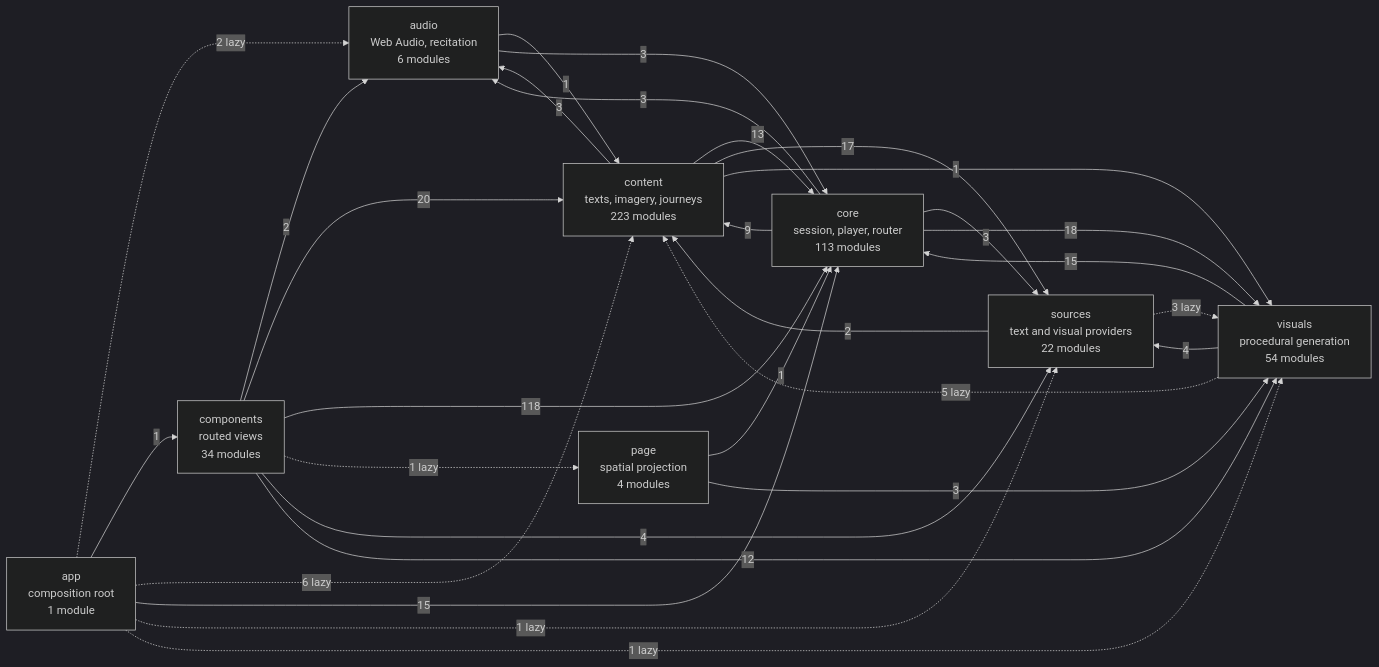
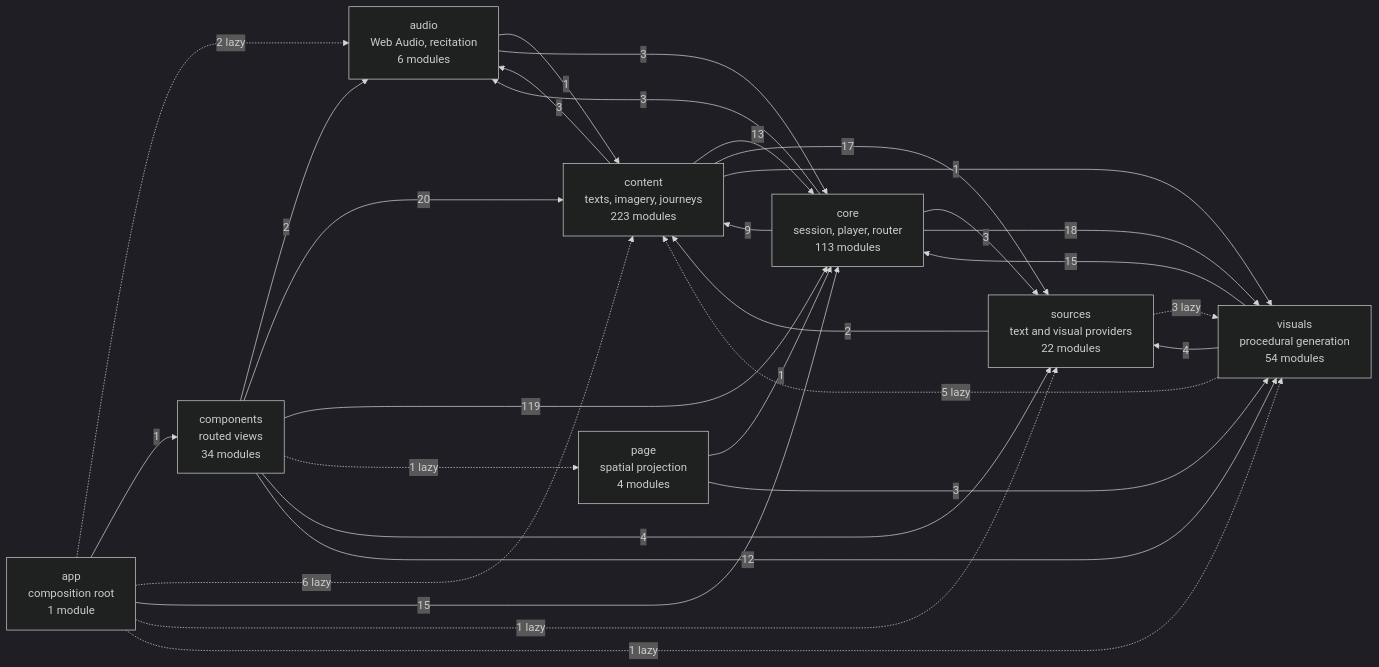
Before and after one commit to SyberLabs/RISE: the diagram in docs/specs/ARCHITECTURE.md, drawn with Mermaid (dark theme). The commit also changed 21 other files, not shown here.

````diff
--- a/docs/specs/ARCHITECTURE.md
+++ b/docs/specs/ARCHITECTURE.md
@@ -149,41 +149,41 @@
 ```mermaid
 flowchart LR
     app["app<br/>composition root<br/>1 module"]
     audio["audio<br/>Web Audio, recitation<br/>6 modules"]
     components["components<br/>routed views<br/>34 modules"]
     content["content<br/>texts, imagery, journeys<br/>223 modules"]
     core["core<br/>session, player, router<br/>113 modules"]
     page["page<br/>spatial projection<br/>4 modules"]
     sources["sources<br/>text and visual providers<br/>22 modules"]
     visuals["visuals<br/>procedural generation<br/>54 modules"]
 
     app -.-> |2 lazy| audio
     app --> |1| components
     app -.-> |6 lazy| content
     app --> |15| core
     app -.-> |1 lazy| sources
     app -.-> |1 lazy| visuals
     audio --> |1| content
     audio --> |3| core
     components --> |2| audio
     components --> |20| content
-    components --> |118| core
+    components --> |119| core
     components -.-> |1 lazy| page
     components --> |4| sources
     components --> |12| visuals
     content --> |3| audio
     content --> |13| core
     content --> |17| sources
     content --> |1| visuals
     core --> |3| audio
     core --> |9| content
     core --> |3| sources
     core --> |18| visuals
     page --> |1| core
     page --> |3| visuals
     sources --> |2| content
     sources -.-> |3 lazy| visuals
     visuals -.-> |5 lazy| content
     visuals --> |15| core
     visuals --> |4| sources
 ```
````
